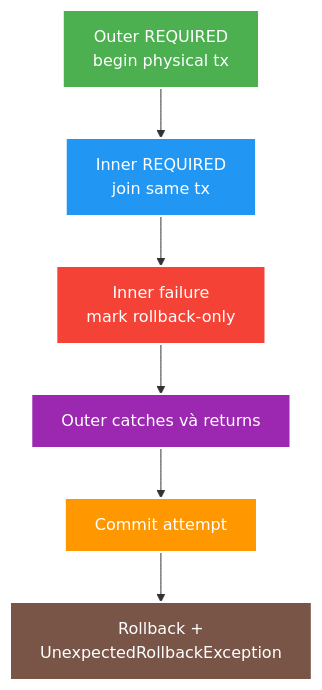
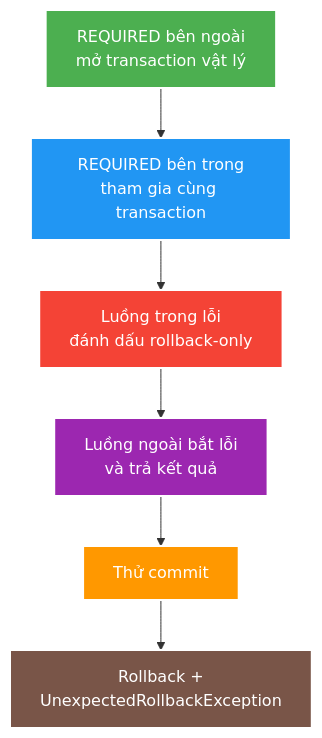
One commit to HungPhan200591/live-stream-backend changed the diagram in docs/learning/topics/spring/theory/core/transaction-rollback-and-propagation.md. Above: the diagram before and after it, drawn with Mermaid. The commit also changed other lines of this file and 177 other files, not shown here.

````diff
--- a/docs/learning/topics/spring/theory/core/transaction-rollback-and-propagation.md
+++ b/docs/learning/topics/spring/theory/core/transaction-rollback-and-propagation.md
@@ -30,14 +30,14 @@
 ```mermaid
 flowchart TB
-    A["Outer REQUIRED<br/>begin physical tx"] --> B["Inner REQUIRED<br/>join same tx"]
-    B --> C["Inner failure<br/>mark rollback-only"]
-    C --> D["Outer catches và returns"]
-    D --> E["Commit attempt"]
+    A["REQUIRED bên ngoài<br/>mở transaction vật lý"] --> B["REQUIRED bên trong<br/>tham gia cùng transaction"]
+    B --> C["Luồng trong lỗi<br/>đánh dấu rollback-only"]
+    C --> D["Luồng ngoài bắt lỗi<br/>và trả kết quả"]
+    D --> E["Thử commit"]
     E --> F["Rollback +<br/>UnexpectedRollbackException"]
     style A fill:#4CAF50,stroke:#fff,stroke-width:2px,color:#fff
     style B fill:#2196F3,stroke:#fff,stroke-width:2px,color:#fff
     style C fill:#F44336,stroke:#fff,stroke-width:2px,color:#fff
     style D fill:#9C27B0,stroke:#fff,stroke-width:2px,color:#fff
     style E fill:#FF9800,stroke:#fff,stroke-width:2px,color:#fff
     style F fill:#795548,stroke:#fff,stroke-width:2px,color:#fff
 ```
````
